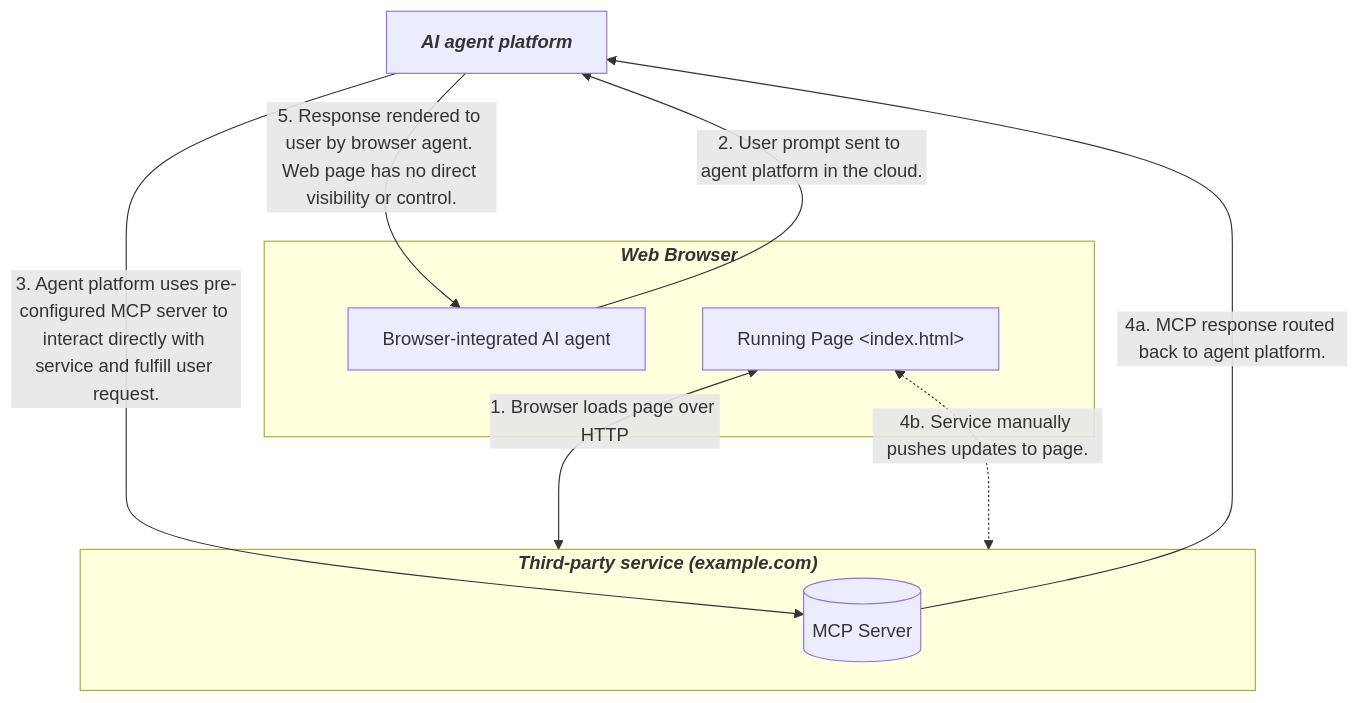
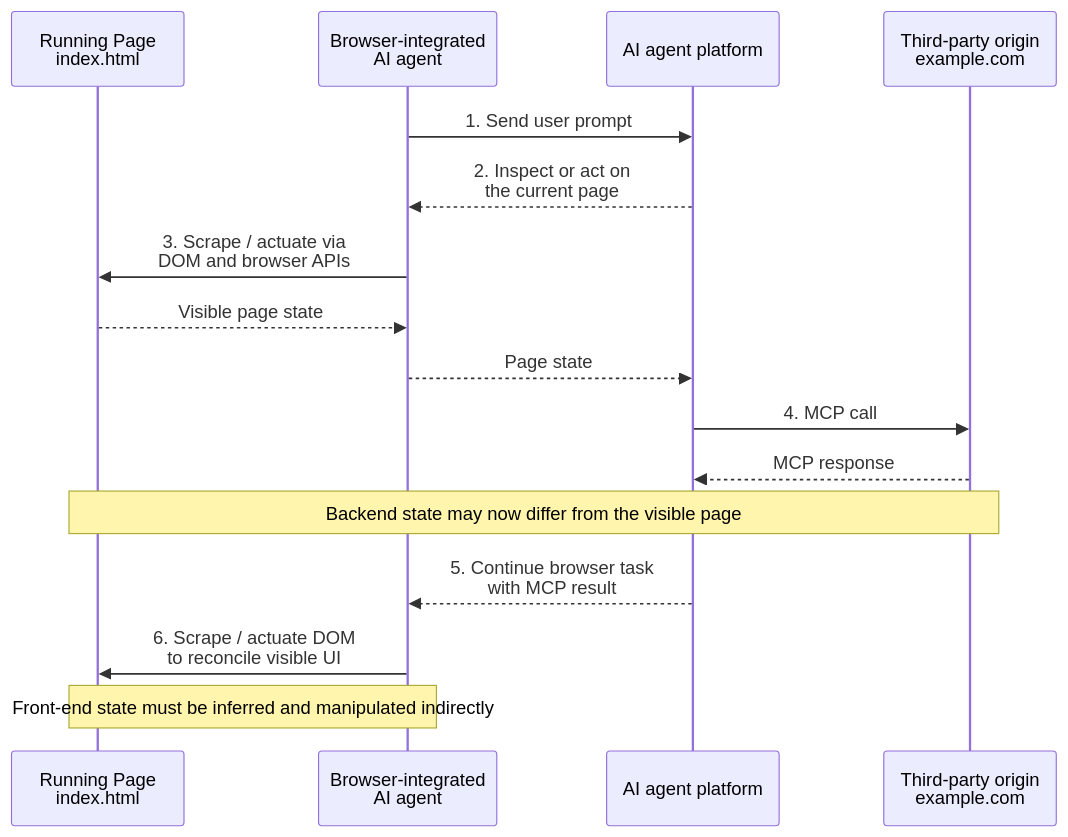
Before and after one commit to webmachinelearning/webmcp: the second of 2 diagrams in README.md, drawn with Mermaid. The commit also changed other lines of this file, not shown here.

Commit message:
Refactor sequence diagrams

````diff
--- a/README.md
+++ b/README.md
@@ -51,20 +56,26 @@
 ```mermaid
-graph TD
-    AI["<b><i>AI agent platform</i></b>"]
+sequenceDiagram
+    participant Page as Running Page<br/>index.html
+    participant Agent as Browser-integrated<br/>AI agent
+    participant AI as AI agent platform
+    participant Service as Third-party origin<br/>example.com
 
-    subgraph WB["<b><i>Web Browser</i></b>"]
-        BIA["Browser-integrated AI agent"]
-        RP["Running Page &lt;index.html&gt;"]
-    end
+    Agent->>AI: 1. Send user prompt
 
-    subgraph TP["<b><i>Third-party service (example.com)</i></b>"]
-        MCP[("MCP Server")]
-    end
+    AI-->>Agent: 2. Inspect or act on<br/>the current page
 
-    RP <-->|1. Browser loads page over HTTP| TP
-    BIA -->|2. User prompt sent to agent platform in the cloud.| AI
-    AI -->|"3. Agent platform uses pre-configured MCP server to interact directly with service and fulfill user request."| MCP
-    MCP -->|4a. MCP response routed back to agent platform.| AI
-    AI -->|5. Response rendered to user by browser agent. Web page has no direct visibility or control.| BIA
-    RP <-.->|4b. Service manually pushes updates to page.| TP
+    Agent->>Page: 3. Scrape / actuate via<br/>DOM and browser APIs
+    Page-->>Agent: Visible page state
+    Agent-->>AI: Page state
+
+    AI->>Service: 4. MCP call
+    Service-->>AI: MCP response
+
+    Note over Page,Service: Backend state may now differ from the visible page
+
+    AI-->>Agent: 5. Continue browser task<br/>with MCP result
+
+    Agent->>Page: 6. Scrape / actuate DOM<br/>to reconcile visible UI
+
+    Note over Page,Agent: Front-end state must be inferred and manipulated indirectly
 ```
````
